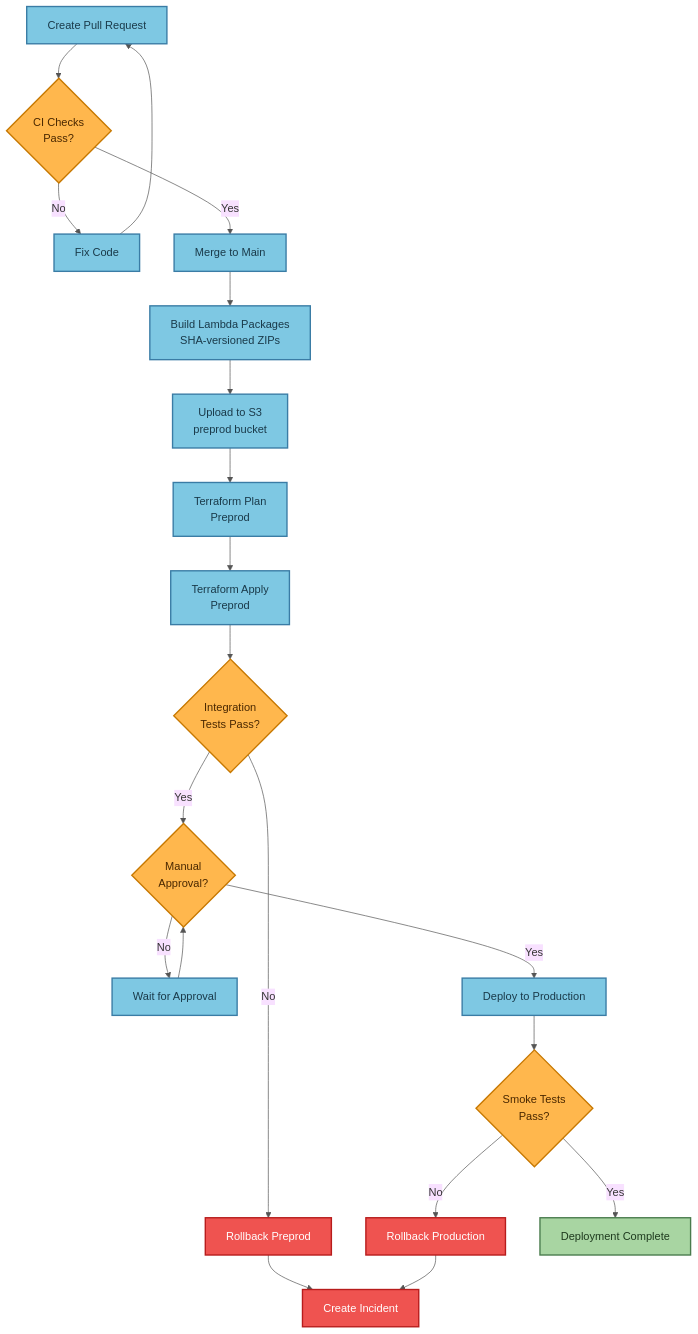
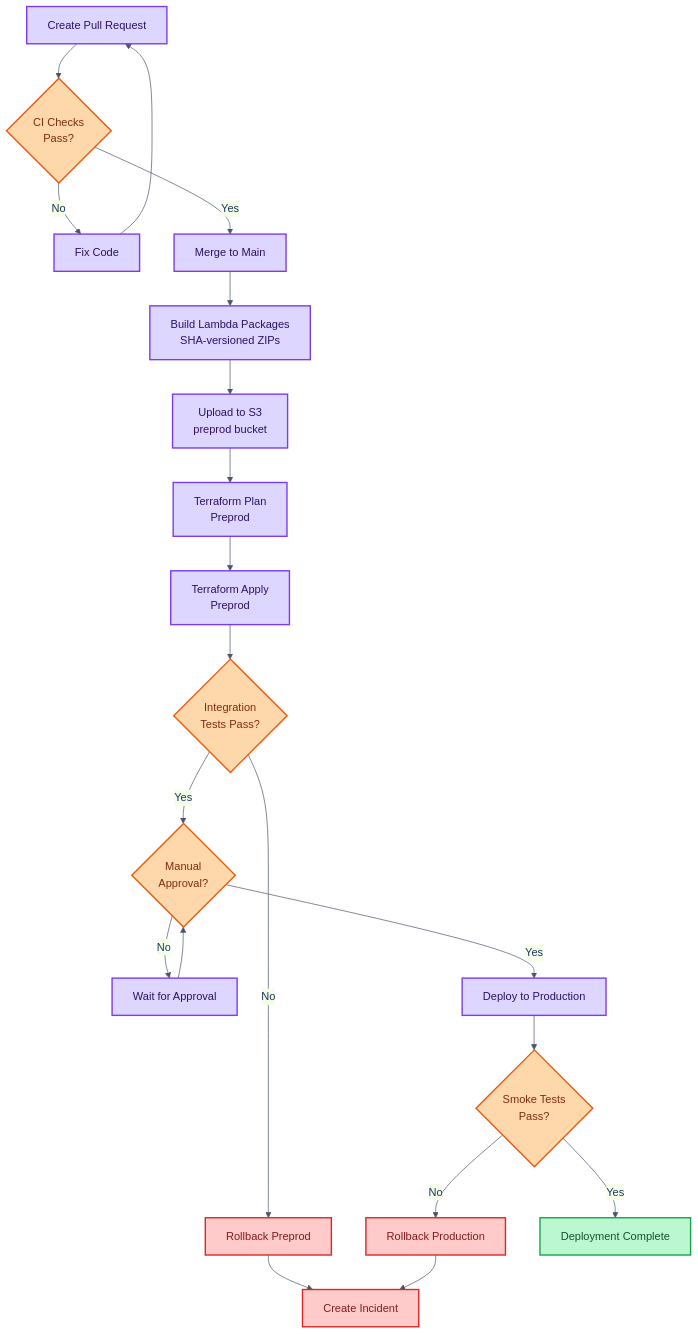
One commit to traylorre/sentiment-analyzer-gsk changed the third of 10 diagrams in docs/OPERATIONAL_FLOWS.md. Above: the diagram before and after it, drawn with Mermaid. The commit also changed other lines of this file and 3 other files, not shown here.

First line of the commit message:
docs: Update all diagrams with unified WCAG-compliant color palette

````diff
--- a/docs/OPERATIONAL_FLOWS.md
+++ b/docs/OPERATIONAL_FLOWS.md
@@ -151,33 +151,33 @@
 ```mermaid
-%%{init: {'theme':'base', 'themeVariables': {'primaryColor':'#fff8e1', 'primaryTextColor':'#333', 'primaryBorderColor':'#c9a227', 'lineColor':'#555'}}}%%
+%%{init: {'theme': 'base', 'themeVariables': {'primaryColor': '#e8f4fd', 'primaryTextColor': '#1a365d', 'primaryBorderColor': '#3182ce', 'lineColor': '#4a5568'}}}%%
 flowchart TD
     PR[Create Pull Request] --> CIChecks{CI Checks<br/>Pass?}
     CIChecks -->|No| FixCode[Fix Code]
     FixCode --> PR
     CIChecks -->|Yes| Merge[Merge to Main]
     Merge --> BuildPackages[Build Lambda Packages<br/>SHA-versioned ZIPs]
     BuildPackages --> UploadS3[Upload to S3<br/>preprod bucket]
     UploadS3 --> TerraformPlan[Terraform Plan<br/>Preprod]
     TerraformPlan --> ApplyPreprod[Terraform Apply<br/>Preprod]
     ApplyPreprod --> IntegrationTests{Integration<br/>Tests Pass?}
     IntegrationTests -->|No| Rollback[Rollback Preprod]
     Rollback --> IncidentResponse[Create Incident]
     IntegrationTests -->|Yes| ManualGate{Manual<br/>Approval?}
     ManualGate -->|No| WaitApproval[Wait for Approval]
     WaitApproval --> ManualGate
     ManualGate -->|Yes| DeployProd[Deploy to Production]
     DeployProd --> SmokeTests{Smoke Tests<br/>Pass?}
     SmokeTests -->|No| RollbackProd[Rollback Production]
     RollbackProd --> IncidentResponse
     SmokeTests -->|Yes| Complete[Deployment Complete]
 
-    classDef cicdNode fill:#7ec8e3,stroke:#3a7ca5,stroke-width:2px,color:#1a3a4a
-    classDef decisionNode fill:#ffb74d,stroke:#c77800,stroke-width:2px,color:#4a2800
-    classDef dangerNode fill:#ef5350,stroke:#b71c1c,stroke-width:2px,color:#fff
-    classDef successNode fill:#a8d5a2,stroke:#4a7c4e,stroke-width:2px,color:#1e3a1e
+    classDef cicdNode fill:#ddd6fe,stroke:#7c3aed,stroke-width:2px,color:#2e1065
+    classDef decisionNode fill:#fed7aa,stroke:#ea580c,stroke-width:2px,color:#7c2d12
+    classDef dangerNode fill:#fecaca,stroke:#dc2626,stroke-width:2px,color:#7f1d1d
+    classDef successNode fill:#bbf7d0,stroke:#16a34a,stroke-width:2px,color:#14532d
 
     class PR,BuildPackages,UploadS3,TerraformPlan,ApplyPreprod,DeployProd,Merge,FixCode,WaitApproval cicdNode
     class CIChecks,IntegrationTests,ManualGate,SmokeTests decisionNode
     class Rollback,RollbackProd,IncidentResponse dangerNode
     class Complete successNode
 ```
````
